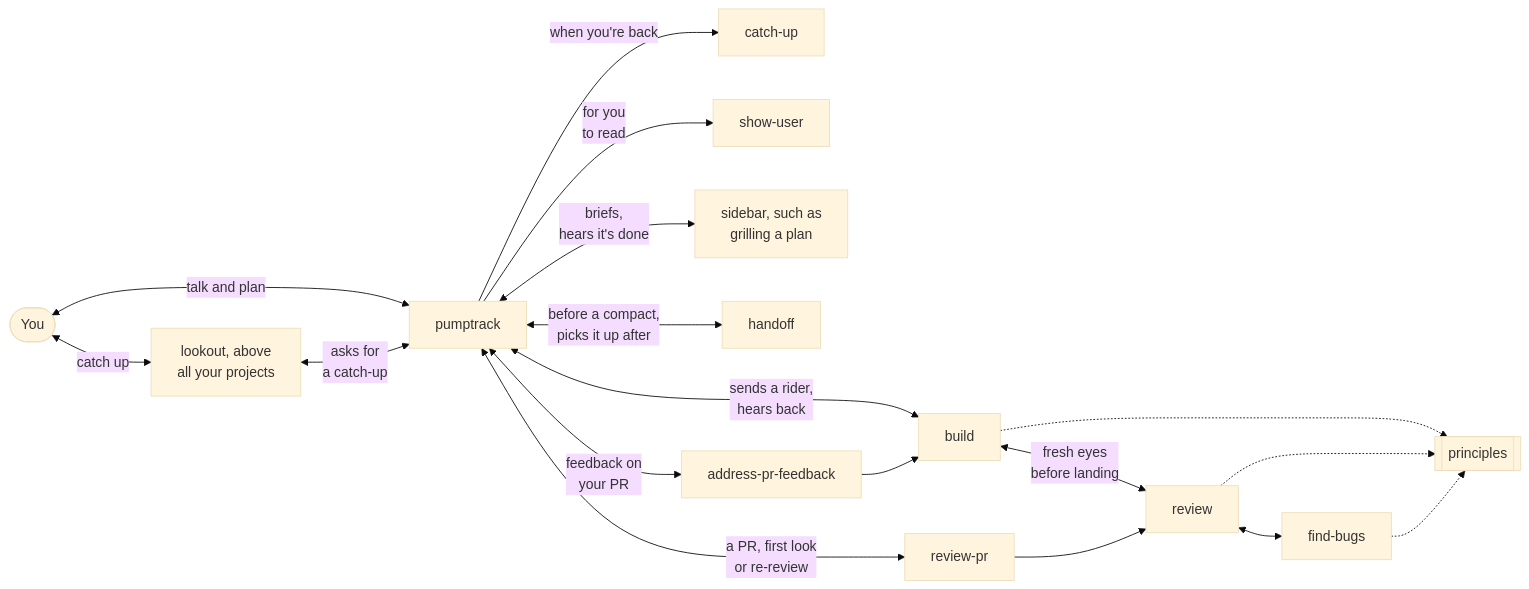
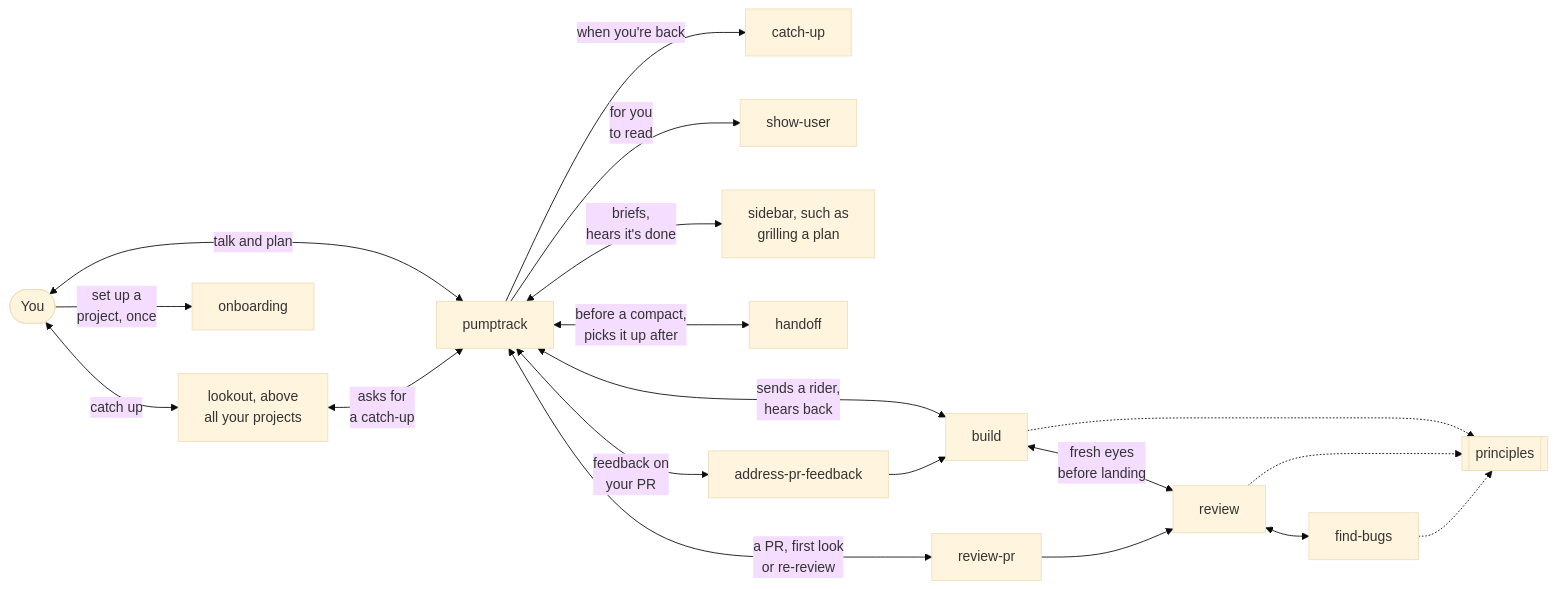
Before and after one commit to brandonbews/pumptrack: the first of 2 diagrams in README.md, drawn with Mermaid (base theme). The commit also changed other lines of this file, not shown here.

Commit message:
README: onboarding moves into V0.1

````diff
--- a/README.md
+++ b/README.md
@@ -28,20 +28,21 @@
 ```mermaid
 flowchart LR
   you(["You"]) <-->|talk and plan| pt["pumptrack"]
   you <-->|catch up| lookout["lookout, above<br/>all your projects"]
+  you -->|"set up a<br/>project, once"| onboarding["onboarding"]
   lookout <-->|"asks for<br/>a catch-up"| pt
   pt -->|"when you're back"| catchup["catch-up"]
   pt -->|"for you<br/>to read"| show["show-user"]
   pt <-->|"briefs,<br/>hears it's done"| sidebar["sidebar, such as<br/>grilling a plan"]
   pt <-->|"before a compact,<br/>picks it up after"| handoff["handoff"]
   pt <-->|"sends a rider,<br/>hears back"| build["build"]
   build <-->|"fresh eyes<br/>before landing"| review["review"]
   pt <-->|"a PR, first look<br/>or re-review"| prreview["review-pr"]
   prreview --> review
   pt <-->|"feedback on<br/>your PR"| feedback["address-pr-feedback"]
   feedback --> build
   review <--> bugs["find-bugs"]
   build -.-> principles[["principles"]]
   review -.-> principles
   bugs -.-> principles
 ```
````
